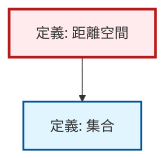
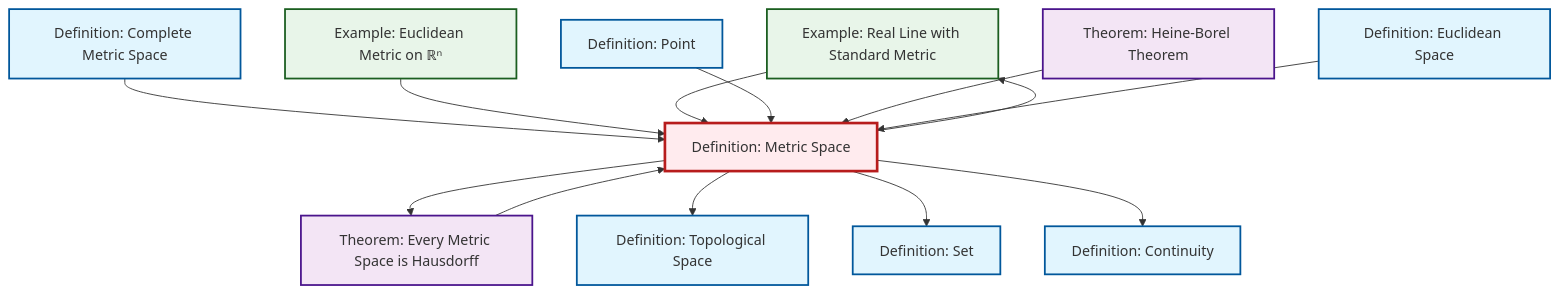
One commit to RK0429/ModernMath changed the diagram in content/ja/geometry/def-metric-space.qmd. Above: the diagram before and after it, drawn with Mermaid. The commit also changed 203 other files, not shown here.

````diff
--- a/content/ja/geometry/def-metric-space.qmd
+++ b/content/ja/geometry/def-metric-space.qmd
@@ -56,15 +56,33 @@
 ```{mermaid}
-%%| fig-cap: "局所依存関係グラフ"
+%%| fig-cap: "Local dependency graph"
 graph TD
     classDef definition fill:#e1f5fe,stroke:#01579b,stroke-width:2px
     classDef theorem fill:#f3e5f5,stroke:#4a148c,stroke-width:2px
     classDef axiom fill:#fff3e0,stroke:#e65100,stroke-width:2px
     classDef example fill:#e8f5e9,stroke:#1b5e20,stroke-width:2px
     classDef current fill:#ffebee,stroke:#b71c1c,stroke-width:3px
-    def-metric-space["定義: 距離空間"]:::definition
-    def-set["定義: 集合"]:::definition
+    def-continuity["Definition: Continuity"]:::definition
+    def-topological-space["Definition: Topological Space"]:::definition
+    def-set["Definition: Set"]:::definition
+    ex-real-line-metric["Example: Real Line with Standard Metric"]:::example
+    thm-metric-hausdorff["Theorem: Every Metric Space is Hausdorff"]:::theorem
+    def-complete-metric-space["Definition: Complete Metric Space"]:::definition
+    def-metric-space["Definition: Metric Space"]:::definition
+    ex-euclidean-metric["Example: Euclidean Metric on ℝⁿ"]:::example
+    def-euclidean-space["Definition: Euclidean Space"]:::definition
+    def-point["Definition: Point"]:::definition
+    thm-heine-borel["Theorem: Heine-Borel Theorem"]:::theorem
+    def-complete-metric-space --> def-metric-space
+    def-metric-space --> ex-real-line-metric
+    ex-euclidean-metric --> def-metric-space
+    ex-real-line-metric --> def-metric-space
+    def-point --> def-metric-space
+    def-metric-space --> thm-metric-hausdorff
+    thm-heine-borel --> def-metric-space
+    thm-metric-hausdorff --> def-metric-space
+    def-metric-space --> def-topological-space
     def-metric-space --> def-set
+    def-metric-space --> def-continuity
+    def-euclidean-space --> def-metric-space
     class def-metric-space current
-
-    click def-set "def-set.html" "Go to 定義: 集合"
 ```
````
